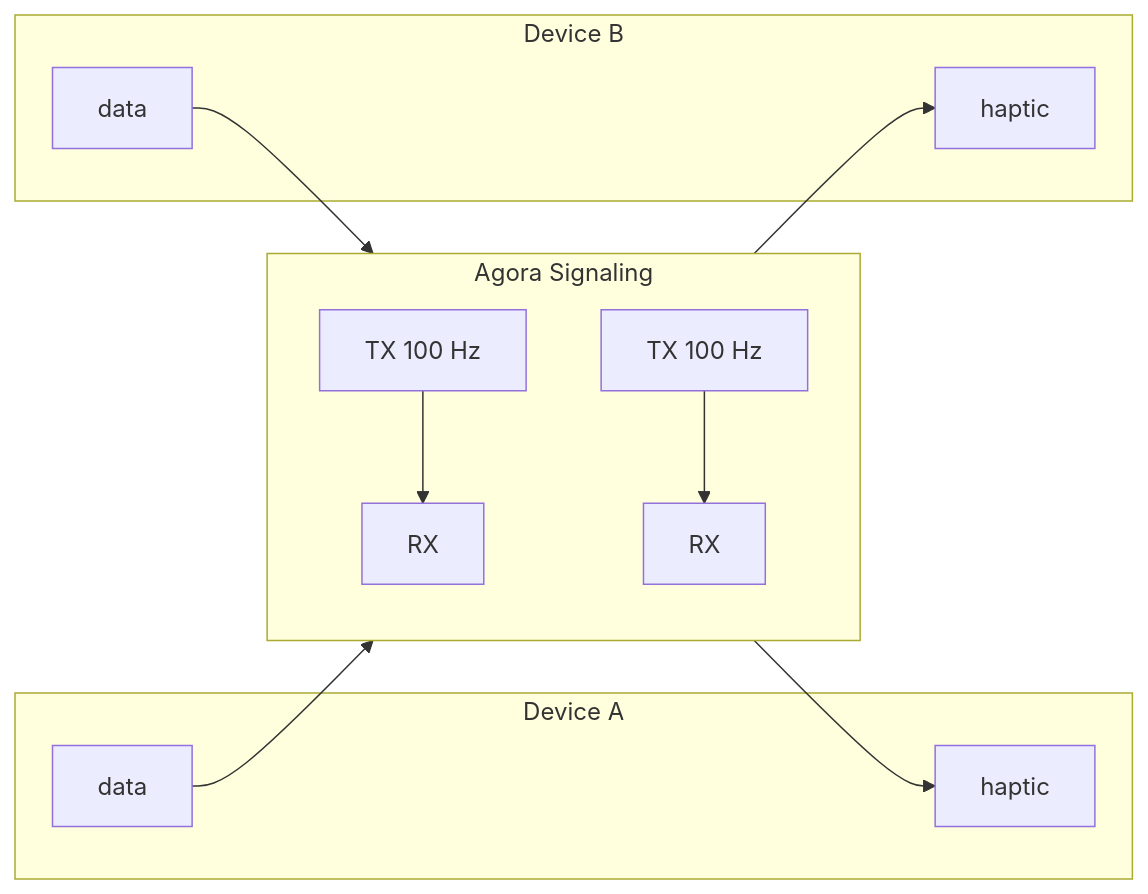
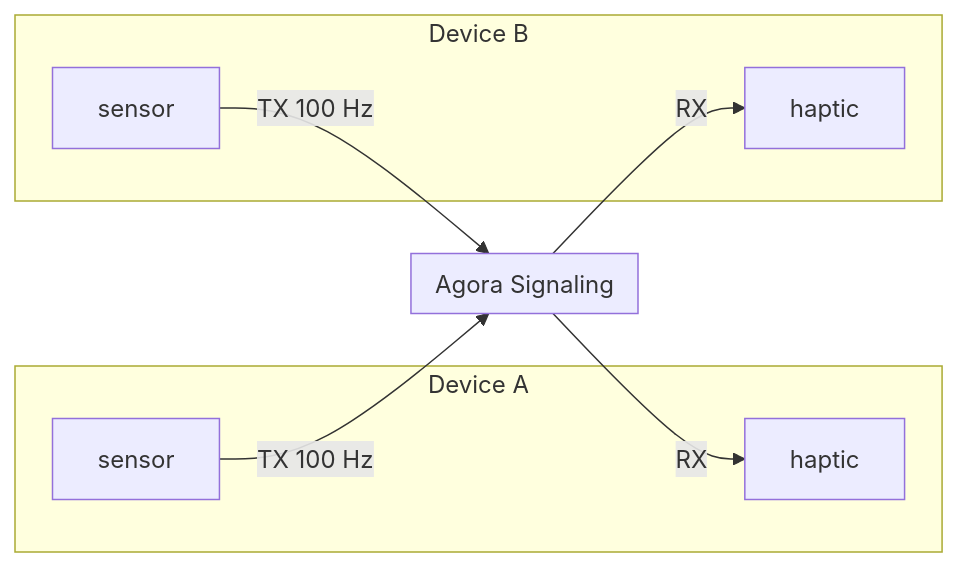
One commit to Agora-Build/HapticHatch changed the diagram in README.md. Above: the diagram before and after it, drawn with Mermaid.

Commit message:
docs: fix Mermaid diagram — sensor/haptic labels, TX/RX as edge labels
🤖 Built with SMT <smt@agora.build>

````diff
--- a/README.md
+++ b/README.md
@@ -5,23 +5,18 @@
 ```mermaid
 flowchart LR
     subgraph A["Device A"]
-        A_data["data"]
+        A_sensor["sensor"]
         A_haptic["haptic"]
     end
 
     subgraph Cloud["Agora Signaling"]
-        direction TB
-        TX_A["TX 100 Hz"]
-        RX_A["RX"]
-        TX_B["TX 100 Hz"]
-        RX_B["RX"]
     end
 
     subgraph B["Device B"]
+        B_sensor["sensor"]
         B_haptic["haptic"]
-        B_data["data"]
     end
 
-    A_data --> TX_A --> RX_B --> B_haptic
-    B_data --> TX_B --> RX_A --> A_haptic
+    A_sensor -->|"TX 100 Hz"| Cloud -->|"RX"| B_haptic
+    B_sensor -->|"TX 100 Hz"| Cloud -->|"RX"| A_haptic
 ```
````
